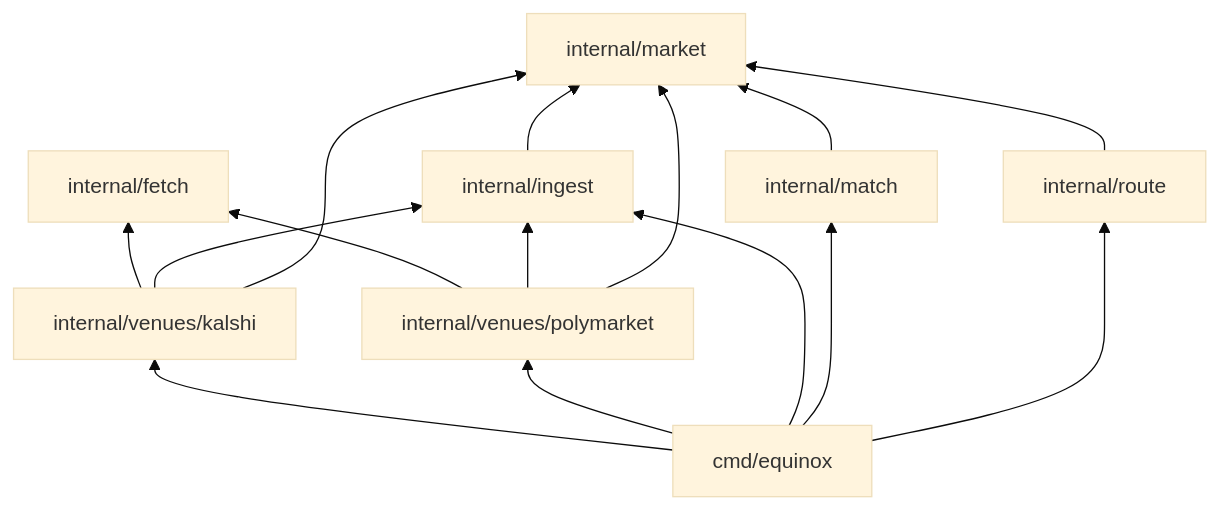
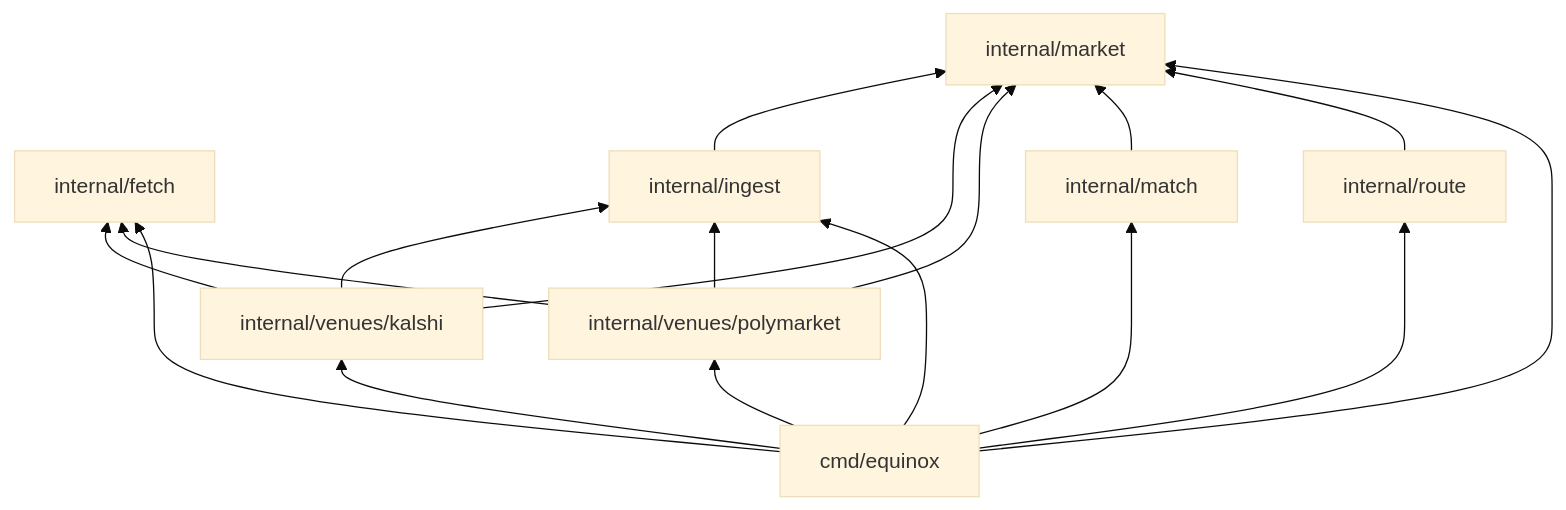
The diagram in docs/diagrams/package-dependencies.mmd (hisefath/equinox), drawn with Mermaid (base theme) before and after one commit. The commit also changed 191 other files, not shown here.

```diff
--- a/docs/diagrams/package-dependencies.mmd
+++ b/docs/diagrams/package-dependencies.mmd
@@ -1,18 +1,20 @@
 %% Import graph. route depends only on market (enforced by TestRouteIsVenueAgnostic).
 flowchart BT
   market["internal/market"]
   fetch["internal/fetch"]
   ingest["internal/ingest"] --> market
   kalshi["internal/venues/kalshi"] --> fetch
   kalshi --> ingest
   kalshi --> market
   poly["internal/venues/polymarket"] --> fetch
   poly --> ingest
   poly --> market
   match["internal/match"] --> market
   route["internal/route"] --> market
   cmd["cmd/equinox"] --> kalshi
+  cmd --> fetch
+  cmd --> market
   cmd --> poly
   cmd --> ingest
   cmd --> match
   cmd --> route
```
